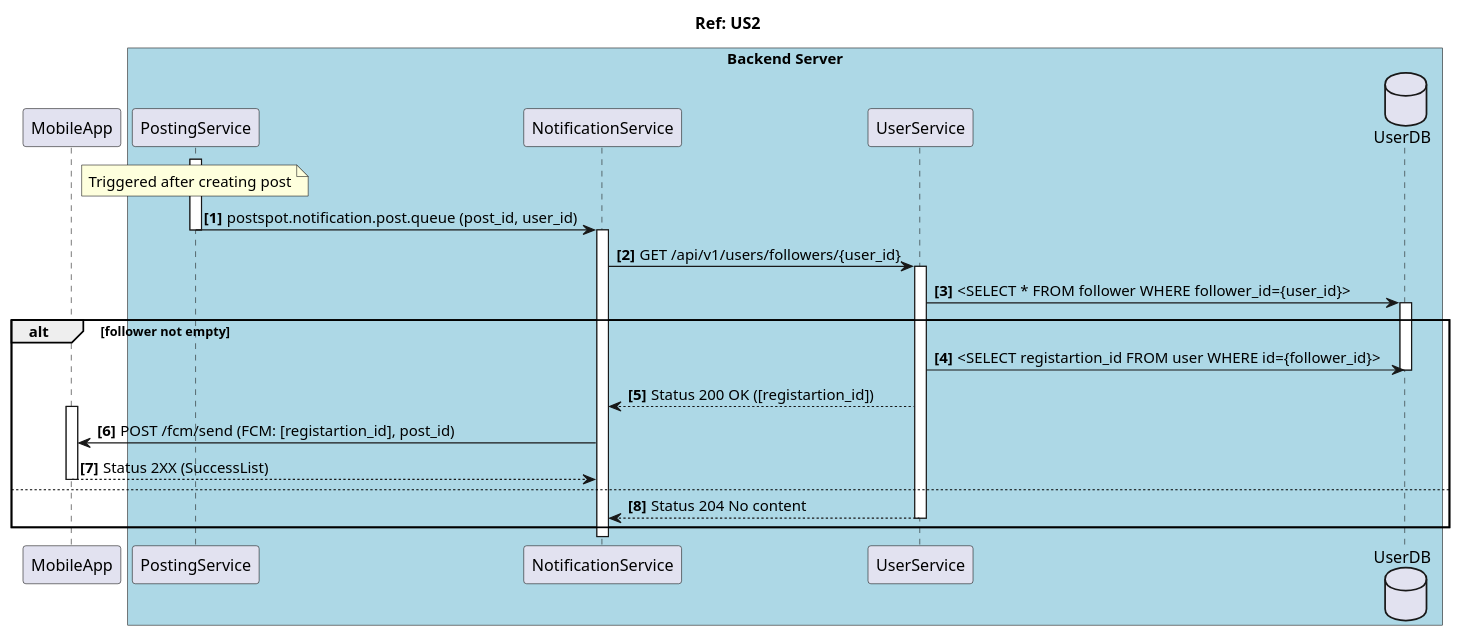
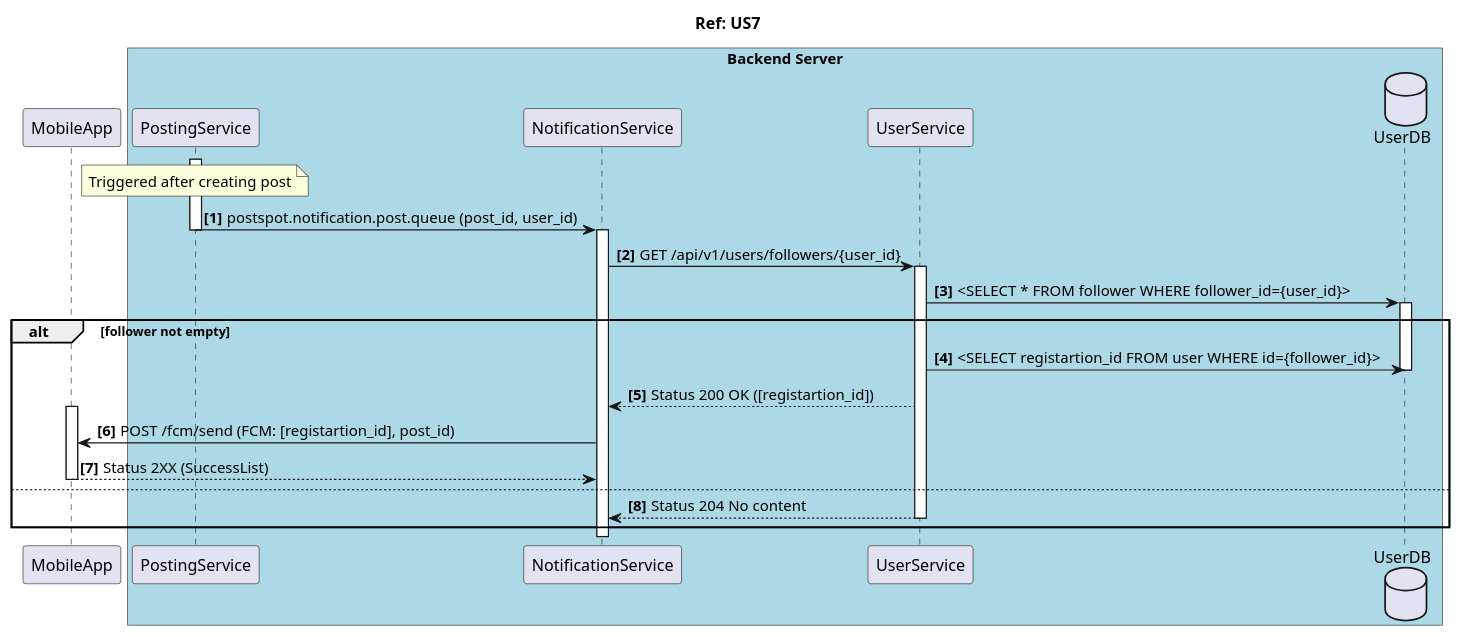
The diagram in diagrams/US7-followerNotification.wsd (ERSMS-ctrl-alt-elite/postspot-system-docs), drawn with PlantUML before and after one commit.

Commit message:
fix tite US7

```diff
--- a/diagrams/US7-followerNotification.wsd
+++ b/diagrams/US7-followerNotification.wsd
@@ -1,40 +1,40 @@
 @startuml
 autonumber "<b>[###]"
 title
- Ref: US2 
+ Ref: US7 
 end title
 
 participant  MobileApp as app
 box "Backend Server" #LightBlue
     participant PostingService as post
     participant NotificationService as not
     participant UserService as user
     database UserDB as userDB
 end box
 
 activate post
 note over post: Triggered after creating post
 post -> not: postspot.notification.post.queue (post_id, user_id)
 deactivate post
 activate not
 not -> user: GET /api/v1/users/followers/{user_id}
 activate user
 user ->userDB: <SELECT * FROM follower WHERE follower_id={user_id}>
 activate userDB
 
 alt follower not empty
     user ->userDB: <SELECT registartion_id FROM user WHERE id={follower_id}>
     deactivate userDB
     user --> not: Status 200 OK ([registartion_id])
     
     activate app
     not -> app: POST /fcm/send (FCM: [registartion_id], post_id)
     app --> not: Status 2XX (SuccessList)
     deactivate app
 else
     user --> not: Status 204 No content
     deactivate user
 end
 
 
 @enduml
```
